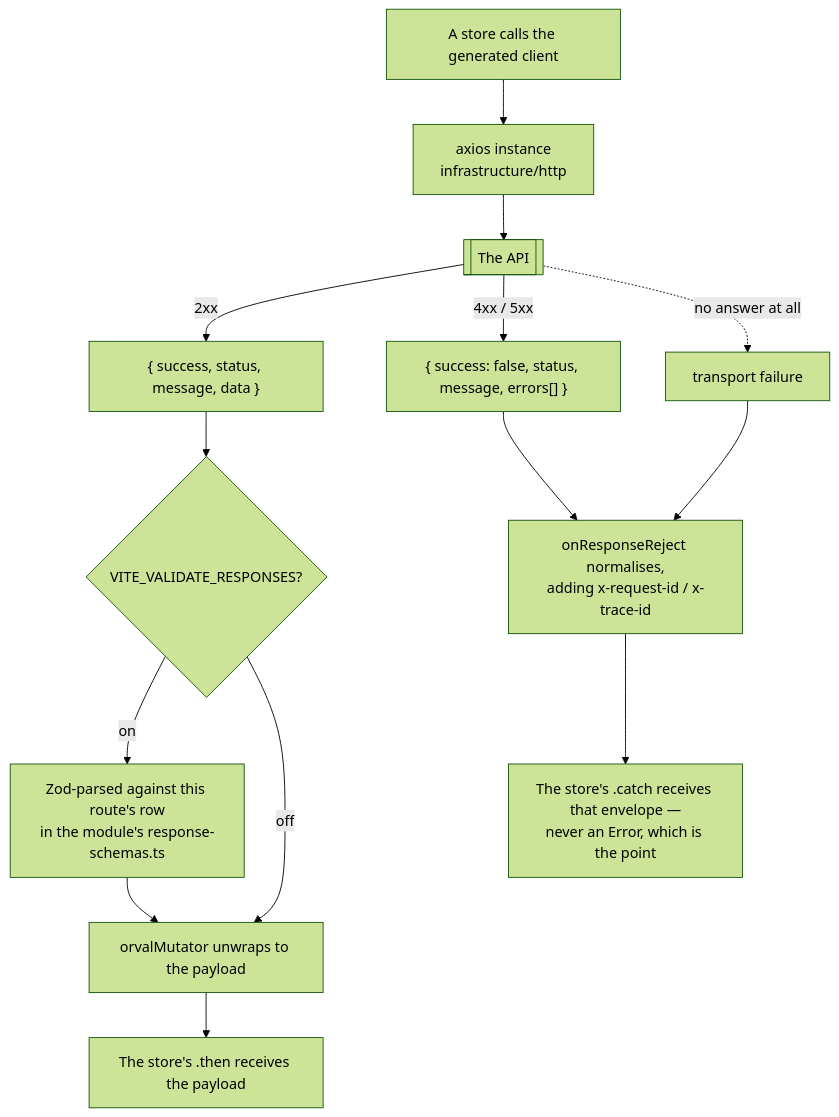
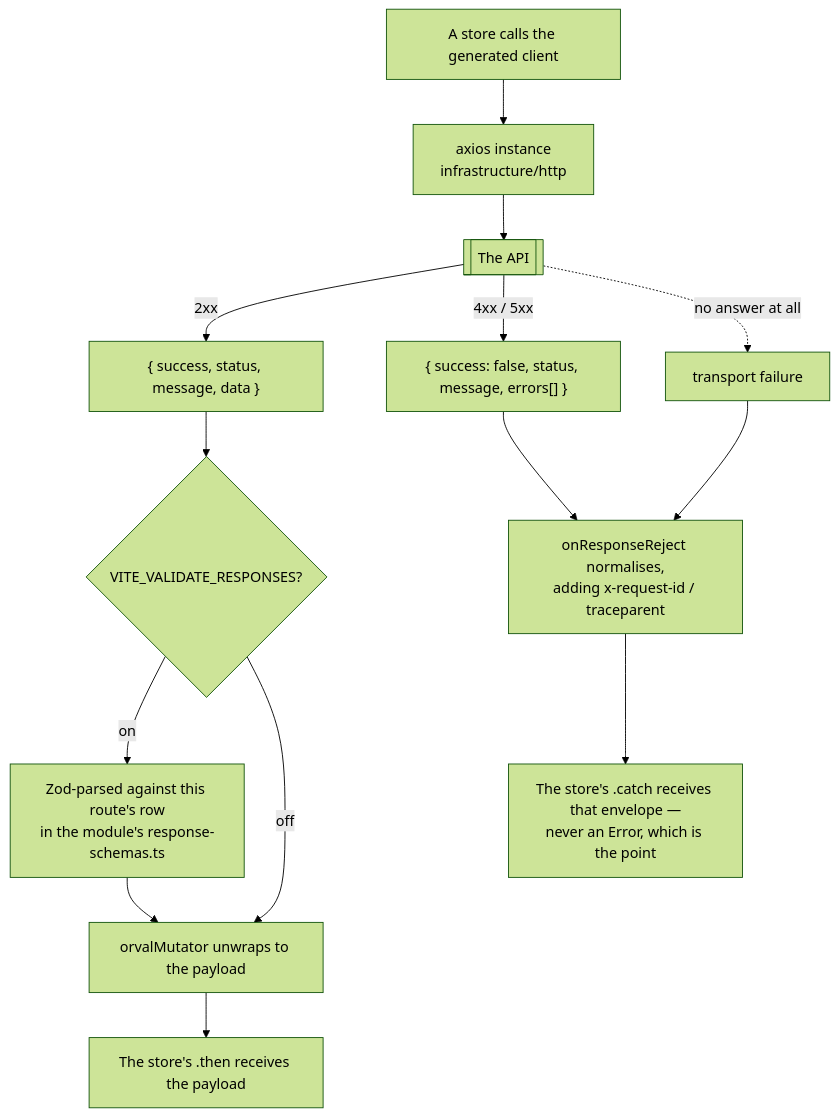
Before and after one commit to Guebbit/boilerplate-vue-frontend: the first of 2 diagrams in docs/api/endpoints.md, drawn with Mermaid (forest theme). The commit also changed other lines of this file and 38 other files, not shown here.

````diff
--- a/docs/api/endpoints.md
+++ b/docs/api/endpoints.md
@@ -13,18 +13,18 @@
 ```mermaid
 flowchart TD
     C["A store calls the generated client"] --> I["axios instance<br/>infrastructure/http"]
     I --> API[["The API"]]
 
     API -->|"2xx"| OK["{ success, status, message, data }"]
     OK --> V{"VITE_VALIDATE_RESPONSES?"}
     V -->|"on"| Z["Zod-parsed against this route's row<br/>in the module's response-schemas.ts"]
     V -->|"off"| U
     Z --> U["orvalMutator unwraps to the payload"]
     U --> S["The store's .then receives the payload"]
 
     API -->|"4xx / 5xx"| E["{ success: false, status, message, errors[] }"]
     API -.->|"no answer at all"| X["transport failure"]
-    E --> N["onResponseReject normalises,<br/>adding x-request-id / x-trace-id"]
+    E --> N["onResponseReject normalises,<br/>adding x-request-id / traceparent"]
     X --> N
     N --> R["The store's .catch receives that envelope —<br/>never an Error, which is the point"]
 ```
````
